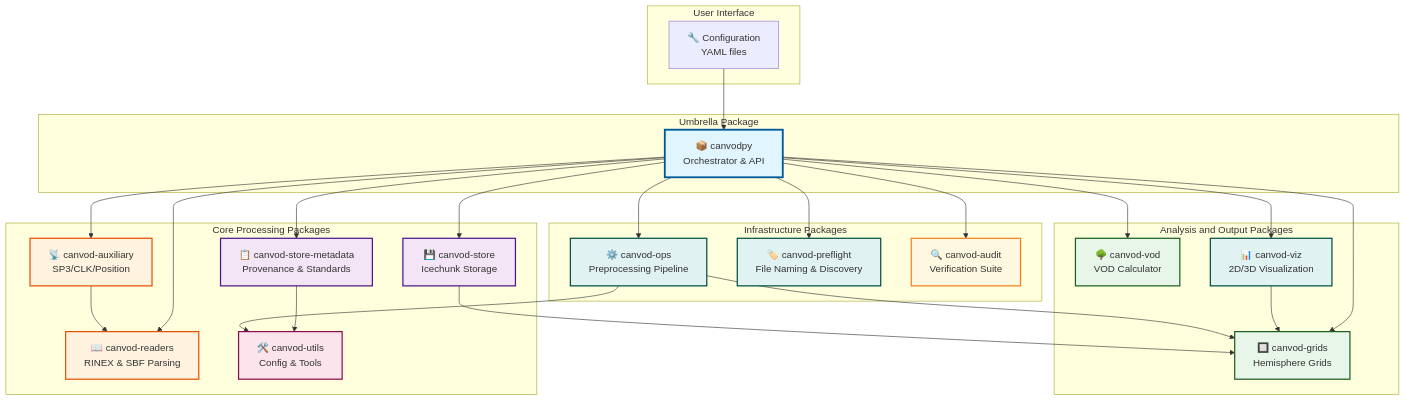
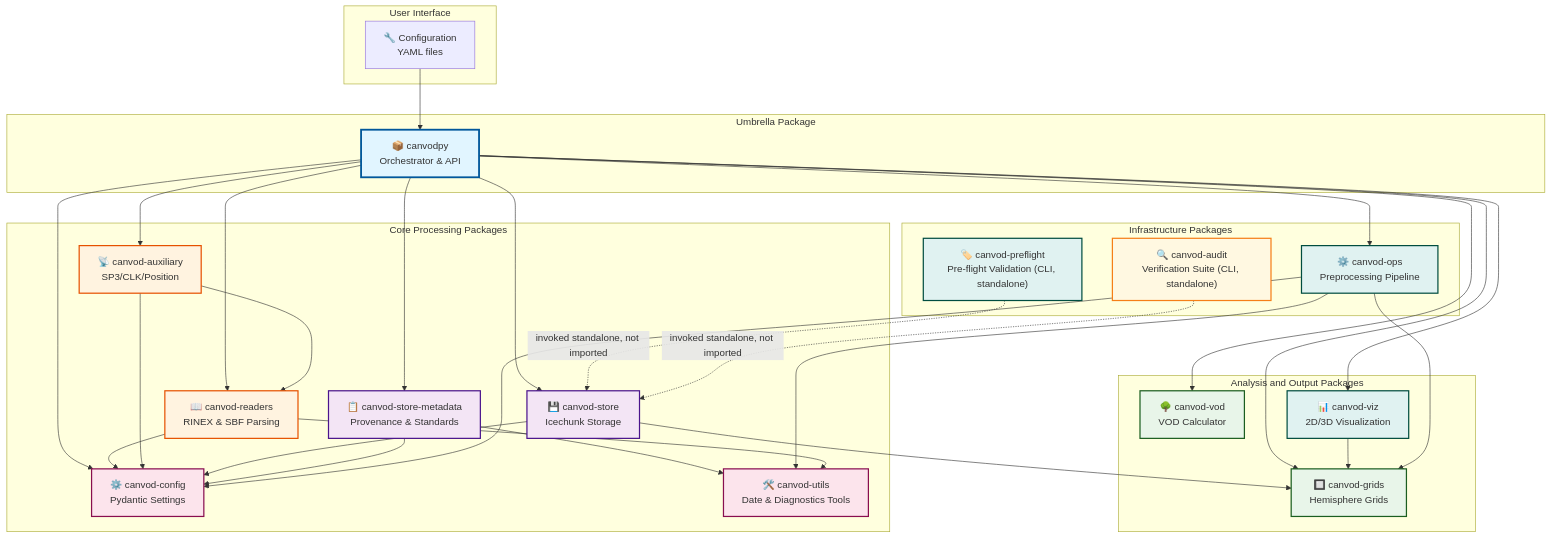
One commit to nfb2021/canvodpy changed the diagram in docs/diagrams/01-package-structure.mmd. Above: the diagram before and after it, drawn with Mermaid. The commit also changed 42 other files, not shown here.

```diff
--- a/docs/diagrams/01-package-structure.mmd
+++ b/docs/diagrams/01-package-structure.mmd
@@ -1,60 +1,70 @@
 graph TB
     subgraph UI[User Interface]
         Config["🔧 Configuration<br/>YAML files"]
     end
 
     subgraph Umbrella[Umbrella Package]
         Canvodpy["📦 canvodpy<br/>Orchestrator & API"]
     end
 
     subgraph CorePkg[Core Processing Packages]
         Readers["📖 canvod-readers<br/>RINEX & SBF Parsing"]
         Aux["📡 canvod-auxiliary<br/>SP3/CLK/Position"]
         Store["💾 canvod-store<br/>Icechunk Storage"]
         StoreMeta["📋 canvod-store-metadata<br/>Provenance & Standards"]
-        Utils["🛠️ canvod-utils<br/>Config & Tools"]
+        CanvodConfig["⚙️ canvod-config<br/>Pydantic Settings"]
+        Utils["🛠️ canvod-utils<br/>Date & Diagnostics Tools"]
     end
 
     subgraph AnalysisPkg[Analysis and Output Packages]
         VOD["🌳 canvod-vod<br/>VOD Calculator"]
         Grids["🔲 canvod-grids<br/>Hemisphere Grids"]
         Viz["📊 canvod-viz<br/>2D/3D Visualization"]
     end
 
     subgraph InfraPkg[Infrastructure Packages]
         Ops["⚙️ canvod-ops<br/>Preprocessing Pipeline"]
-        Naming["🏷️ canvod-preflight<br/>File Naming & Discovery"]
-        Audit["🔍 canvod-audit<br/>Verification Suite"]
+        Naming["🏷️ canvod-preflight<br/>Pre-flight Validation (CLI, standalone)"]
+        Audit["🔍 canvod-audit<br/>Verification Suite (CLI, standalone)"]
     end
 
     Config --> Canvodpy
     Canvodpy --> Readers
     Canvodpy --> Aux
     Canvodpy --> Store
     Canvodpy --> StoreMeta
+    Canvodpy --> CanvodConfig
     Canvodpy --> VOD
     Canvodpy --> Grids
     Canvodpy --> Viz
     Canvodpy --> Ops
-    Canvodpy --> Naming
-    Canvodpy --> Audit
 
     Aux --> Readers
     Store --> Grids
     StoreMeta --> Utils
     Viz --> Grids
     Ops --> Grids
     Ops --> Utils
+    Readers --> CanvodConfig
+    Readers --> Utils
+    Aux --> CanvodConfig
+    Store --> CanvodConfig
+    StoreMeta --> CanvodConfig
+    Ops --> CanvodConfig
+
+    Naming -.->|invoked standalone, not imported| Store
+    Audit -.->|invoked standalone, not imported| Store
 
     style Canvodpy fill:#e1f5ff,stroke:#01579b,stroke-width:3px
     style Readers fill:#fff3e0,stroke:#e65100,stroke-width:2px
     style Aux fill:#fff3e0,stroke:#e65100,stroke-width:2px
     style Store fill:#f3e5f5,stroke:#4a148c,stroke-width:2px
     style StoreMeta fill:#f3e5f5,stroke:#4a148c,stroke-width:2px
+    style CanvodConfig fill:#fce4ec,stroke:#880e4f,stroke-width:2px
     style VOD fill:#e8f5e9,stroke:#1b5e20,stroke-width:2px
     style Grids fill:#e8f5e9,stroke:#1b5e20,stroke-width:2px
     style Viz fill:#e0f2f1,stroke:#004d40,stroke-width:2px
     style Utils fill:#fce4ec,stroke:#880e4f,stroke-width:2px
     style Ops fill:#e0f2f1,stroke:#004d40,stroke-width:2px
     style Naming fill:#e0f2f1,stroke:#004d40,stroke-width:2px
     style Audit fill:#fff8e1,stroke:#f57f17,stroke-width:2px
```
